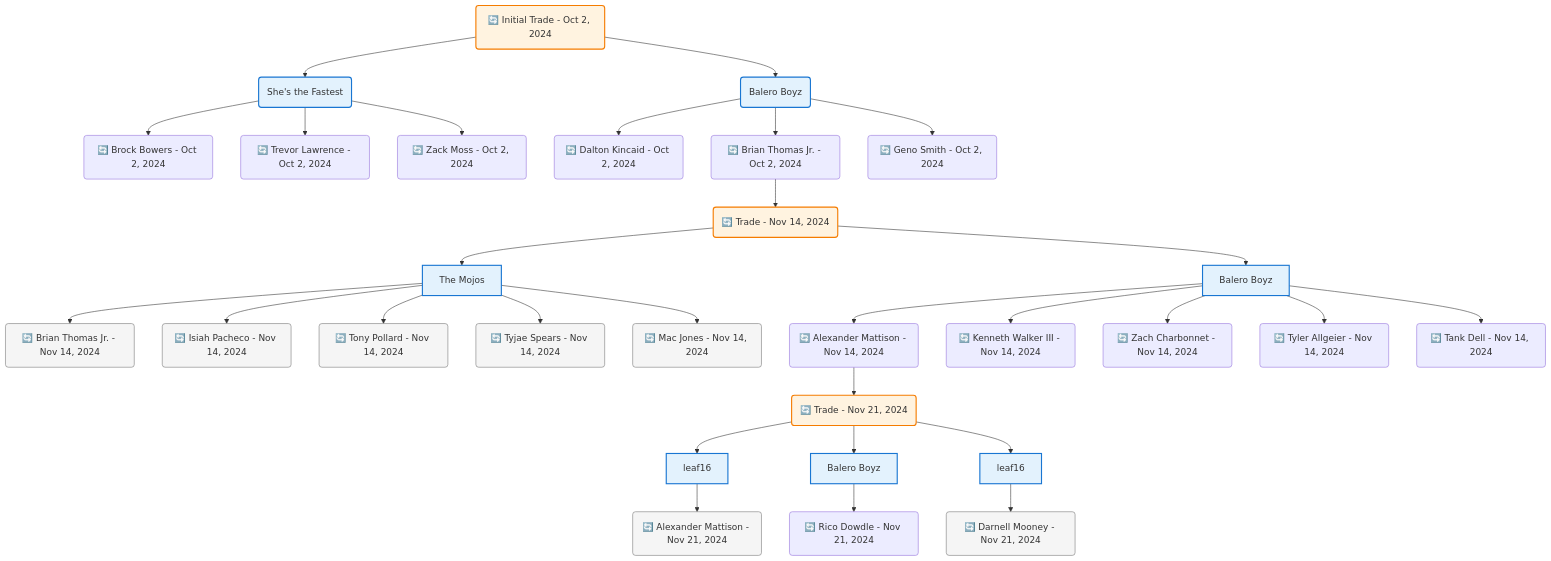
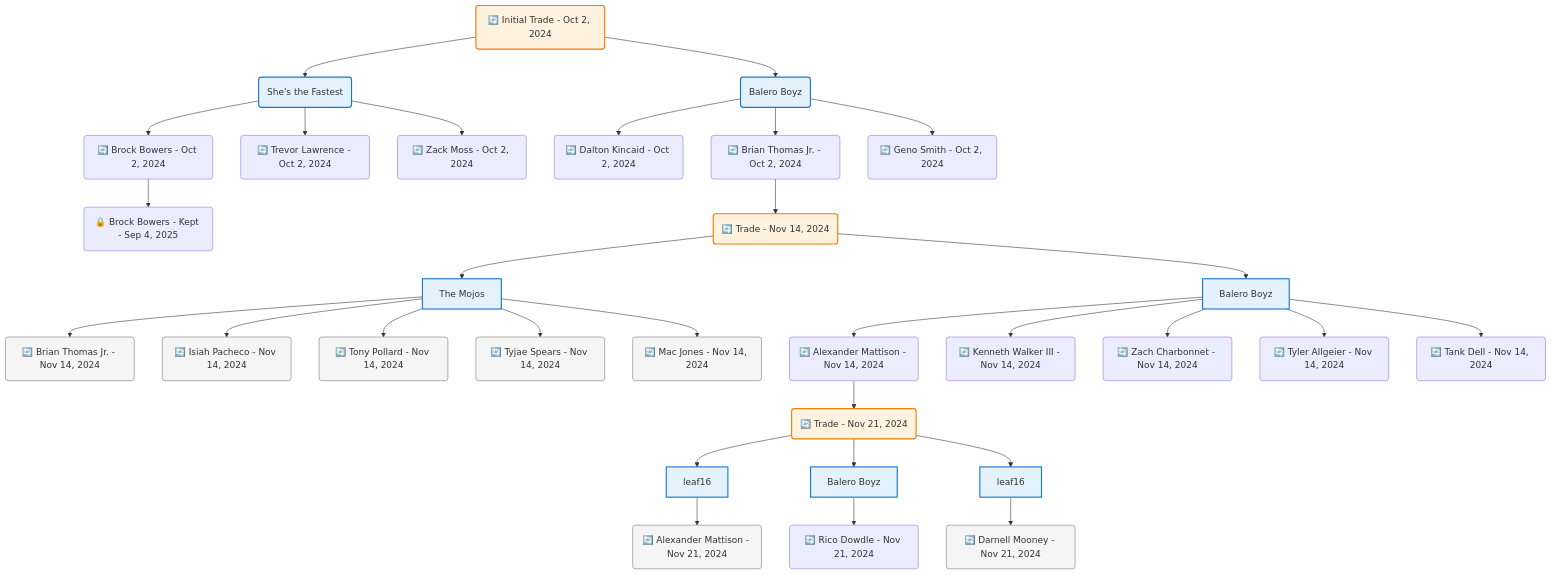
The diagram in frontend/public/data/trade-trees/mermaid/8dd70805-cd2f-49f0-8650-1e6727a5a3ed.mmd (bsnooks/FantasyArchive), drawn with Mermaid before and after one commit. The commit also changed 76 other files, not shown here.

```diff
--- a/frontend/public/data/trade-trees/mermaid/8dd70805-cd2f-49f0-8650-1e6727a5a3ed.mmd
+++ b/frontend/public/data/trade-trees/mermaid/8dd70805-cd2f-49f0-8650-1e6727a5a3ed.mmd
@@ -1,73 +1,75 @@
 flowchart TD
 
     TRADE_MAIN("🔄 Initial Trade - Oct 2, 2024")
     TEAM_1("She's the Fastest")
     TEAM_2("Balero Boyz")
     NODE_3216f009-88d5-45d1-b801-4f722c85f10d("🔄 Brock Bowers - Oct 2, 2024")
+    NODE_4e978312-1f0c-41e8-98ae-5c9239f03e2c("🔒 Brock Bowers - Kept - Sep 4, 2025")
     NODE_b1dae4e7-fd1c-46f5-a687-702b0b8ab72c("🔄 Trevor Lawrence - Oct 2, 2024")
     NODE_e2b7b2e4-8538-4bae-867a-85585d815b31("🔄 Dalton Kincaid - Oct 2, 2024")
     NODE_cd2f796d-6d70-4fd6-931b-b169f90ee078("🔄 Brian Thomas Jr. - Oct 2, 2024")
     TRADE_0045f430-f734-4840-a6a2-1b70ae5db18e_3("🔄 Trade - Nov 14, 2024")
     TEAM_bbe2d0ad-54cf-4c22-be82-b2a5f262a157_4["The Mojos"]
     NODE_f4832741-9631-40f2-a7f3-7d2c8d445ecd("🔄 Brian Thomas Jr. - Nov 14, 2024")
     NODE_24cf0edd-b5d6-4826-9db1-0a72ed8d56e6("🔄 Isiah Pacheco - Nov 14, 2024")
     NODE_904f099b-0e02-4107-ba1b-425b5173eb1e("🔄 Tony Pollard - Nov 14, 2024")
     NODE_a76a3c2f-88b3-49d4-9bba-8c724ca230bf("🔄 Tyjae Spears - Nov 14, 2024")
     NODE_7ed3a6da-098c-466e-bad9-dbfc0ba09247("🔄 Mac Jones - Nov 14, 2024")
     TEAM_2feaf03e-fb22-498e-ac8f-e596b6ba7810_5["Balero Boyz"]
     NODE_a353cd3e-c0e8-4d78-9b6a-4136c77f7848("🔄 Alexander Mattison - Nov 14, 2024")
     TRADE_798d30ef-c18b-4426-b3d7-492cd71fb654_6("🔄 Trade - Nov 21, 2024")
     TEAM_66fb98f4-89a7-45f9-893a-b41d71e6249d_7["leaf16"]
     NODE_5fe4c678-cf2d-4a1a-a063-b201c279c1ad("🔄 Alexander Mattison - Nov 21, 2024")
     TEAM_2feaf03e-fb22-498e-ac8f-e596b6ba7810_8["Balero Boyz"]
     NODE_f94c8ea8-68ce-4ce6-b254-343e9826515c("🔄 Rico Dowdle - Nov 21, 2024")
     TEAM_66fb98f4-89a7-45f9-893a-b41d71e6249d_9["leaf16"]
     NODE_c09e224c-e108-4e29-af4c-b26abf81b51c("🔄 Darnell Mooney - Nov 21, 2024")
     NODE_c6a43825-f8a0-4a7f-a0b2-607cbf7abed4("🔄 Kenneth Walker III - Nov 14, 2024")
     NODE_f2b073d7-e88a-458a-90df-775bb6f5b824("🔄 Zach Charbonnet - Nov 14, 2024")
     NODE_45ec01c1-237c-4447-a5ec-e03c2b04b5ec("🔄 Tyler Allgeier - Nov 14, 2024")
     NODE_8666df10-c4e0-43aa-9c70-f529a16bad9e("🔄 Tank Dell - Nov 14, 2024")
     NODE_11f50465-b579-4bf7-ad0a-d49bf956d815("🔄 Geno Smith - Oct 2, 2024")
     NODE_167c26a0-9141-42a3-80c8-dac0e7c33b19("🔄 Zack Moss - Oct 2, 2024")
 
     TRADE_MAIN --> TEAM_1
     TRADE_MAIN --> TEAM_2
     TEAM_1 --> NODE_3216f009-88d5-45d1-b801-4f722c85f10d
+    NODE_3216f009-88d5-45d1-b801-4f722c85f10d --> NODE_4e978312-1f0c-41e8-98ae-5c9239f03e2c
     TEAM_1 --> NODE_b1dae4e7-fd1c-46f5-a687-702b0b8ab72c
     TEAM_2 --> NODE_e2b7b2e4-8538-4bae-867a-85585d815b31
     TEAM_2 --> NODE_cd2f796d-6d70-4fd6-931b-b169f90ee078
     NODE_cd2f796d-6d70-4fd6-931b-b169f90ee078 --> TRADE_0045f430-f734-4840-a6a2-1b70ae5db18e_3
     TRADE_0045f430-f734-4840-a6a2-1b70ae5db18e_3 --> TEAM_bbe2d0ad-54cf-4c22-be82-b2a5f262a157_4
     TEAM_bbe2d0ad-54cf-4c22-be82-b2a5f262a157_4 --> NODE_f4832741-9631-40f2-a7f3-7d2c8d445ecd
     TEAM_bbe2d0ad-54cf-4c22-be82-b2a5f262a157_4 --> NODE_24cf0edd-b5d6-4826-9db1-0a72ed8d56e6
     TEAM_bbe2d0ad-54cf-4c22-be82-b2a5f262a157_4 --> NODE_904f099b-0e02-4107-ba1b-425b5173eb1e
     TEAM_bbe2d0ad-54cf-4c22-be82-b2a5f262a157_4 --> NODE_a76a3c2f-88b3-49d4-9bba-8c724ca230bf
     TEAM_bbe2d0ad-54cf-4c22-be82-b2a5f262a157_4 --> NODE_7ed3a6da-098c-466e-bad9-dbfc0ba09247
     TRADE_0045f430-f734-4840-a6a2-1b70ae5db18e_3 --> TEAM_2feaf03e-fb22-498e-ac8f-e596b6ba7810_5
     TEAM_2feaf03e-fb22-498e-ac8f-e596b6ba7810_5 --> NODE_a353cd3e-c0e8-4d78-9b6a-4136c77f7848
     NODE_a353cd3e-c0e8-4d78-9b6a-4136c77f7848 --> TRADE_798d30ef-c18b-4426-b3d7-492cd71fb654_6
     TRADE_798d30ef-c18b-4426-b3d7-492cd71fb654_6 --> TEAM_66fb98f4-89a7-45f9-893a-b41d71e6249d_7
     TEAM_66fb98f4-89a7-45f9-893a-b41d71e6249d_7 --> NODE_5fe4c678-cf2d-4a1a-a063-b201c279c1ad
     TRADE_798d30ef-c18b-4426-b3d7-492cd71fb654_6 --> TEAM_2feaf03e-fb22-498e-ac8f-e596b6ba7810_8
     TEAM_2feaf03e-fb22-498e-ac8f-e596b6ba7810_8 --> NODE_f94c8ea8-68ce-4ce6-b254-343e9826515c
     TRADE_798d30ef-c18b-4426-b3d7-492cd71fb654_6 --> TEAM_66fb98f4-89a7-45f9-893a-b41d71e6249d_9
     TEAM_66fb98f4-89a7-45f9-893a-b41d71e6249d_9 --> NODE_c09e224c-e108-4e29-af4c-b26abf81b51c
     TEAM_2feaf03e-fb22-498e-ac8f-e596b6ba7810_5 --> NODE_c6a43825-f8a0-4a7f-a0b2-607cbf7abed4
     TEAM_2feaf03e-fb22-498e-ac8f-e596b6ba7810_5 --> NODE_f2b073d7-e88a-458a-90df-775bb6f5b824
     TEAM_2feaf03e-fb22-498e-ac8f-e596b6ba7810_5 --> NODE_45ec01c1-237c-4447-a5ec-e03c2b04b5ec
     TEAM_2feaf03e-fb22-498e-ac8f-e596b6ba7810_5 --> NODE_8666df10-c4e0-43aa-9c70-f529a16bad9e
     TEAM_2 --> NODE_11f50465-b579-4bf7-ad0a-d49bf956d815
     TEAM_1 --> NODE_167c26a0-9141-42a3-80c8-dac0e7c33b19
 
     %% Node styling
     classDef teamNode fill:#e3f2fd,stroke:#1976d2,stroke-width:2px
     classDef tradeNode fill:#fff3e0,stroke:#f57c00,stroke-width:2px
     classDef playerNode fill:#f3e5f5,stroke:#7b1fa2,stroke-width:1px
     classDef nonRootPlayerNode fill:#f5f5f5,stroke:#757575,stroke-width:1px
     classDef endNode fill:#ffebee,stroke:#c62828,stroke-width:2px
     classDef waiverNode fill:#e8f5e8,stroke:#388e3c,stroke-width:2px
     classDef championshipNode fill:#fff9c4,stroke:#f57f17,stroke-width:3px
 
     class TEAM_1,TEAM_2,TEAM_bbe2d0ad-54cf-4c22-be82-b2a5f262a157_4,TEAM_2feaf03e-fb22-498e-ac8f-e596b6ba7810_5,TEAM_66fb98f4-89a7-45f9-893a-b41d71e6249d_7,TEAM_2feaf03e-fb22-498e-ac8f-e596b6ba7810_8,TEAM_66fb98f4-89a7-45f9-893a-b41d71e6249d_9 teamNode
     class NODE_f4832741-9631-40f2-a7f3-7d2c8d445ecd,NODE_24cf0edd-b5d6-4826-9db1-0a72ed8d56e6,NODE_904f099b-0e02-4107-ba1b-425b5173eb1e,NODE_a76a3c2f-88b3-49d4-9bba-8c724ca230bf,NODE_7ed3a6da-098c-466e-bad9-dbfc0ba09247,NODE_5fe4c678-cf2d-4a1a-a063-b201c279c1ad,NODE_c09e224c-e108-4e29-af4c-b26abf81b51c nonRootPlayerNode
     class TRADE_MAIN,TRADE_0045f430-f734-4840-a6a2-1b70ae5db18e_3,TRADE_798d30ef-c18b-4426-b3d7-492cd71fb654_6 tradeNode
```
